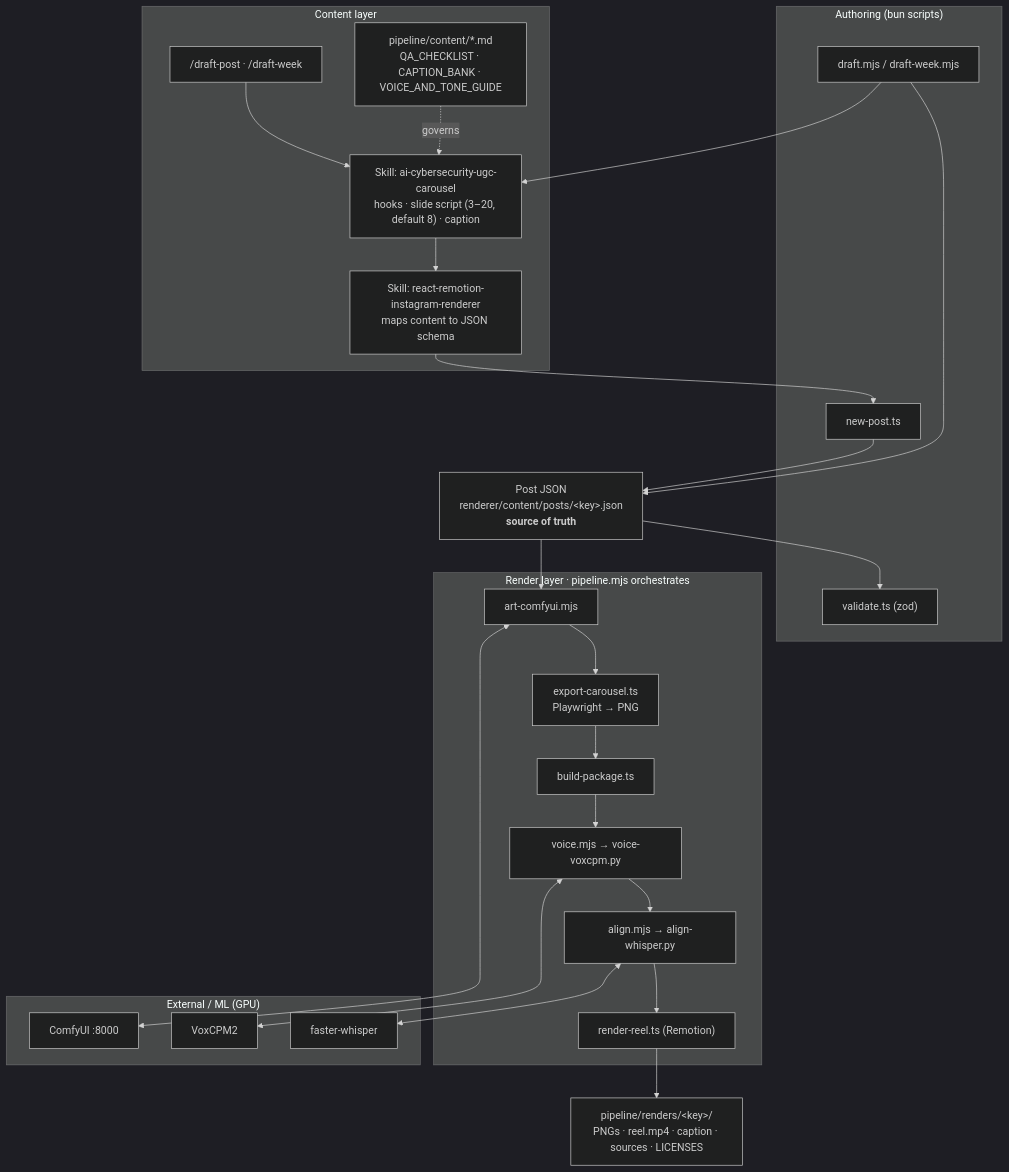
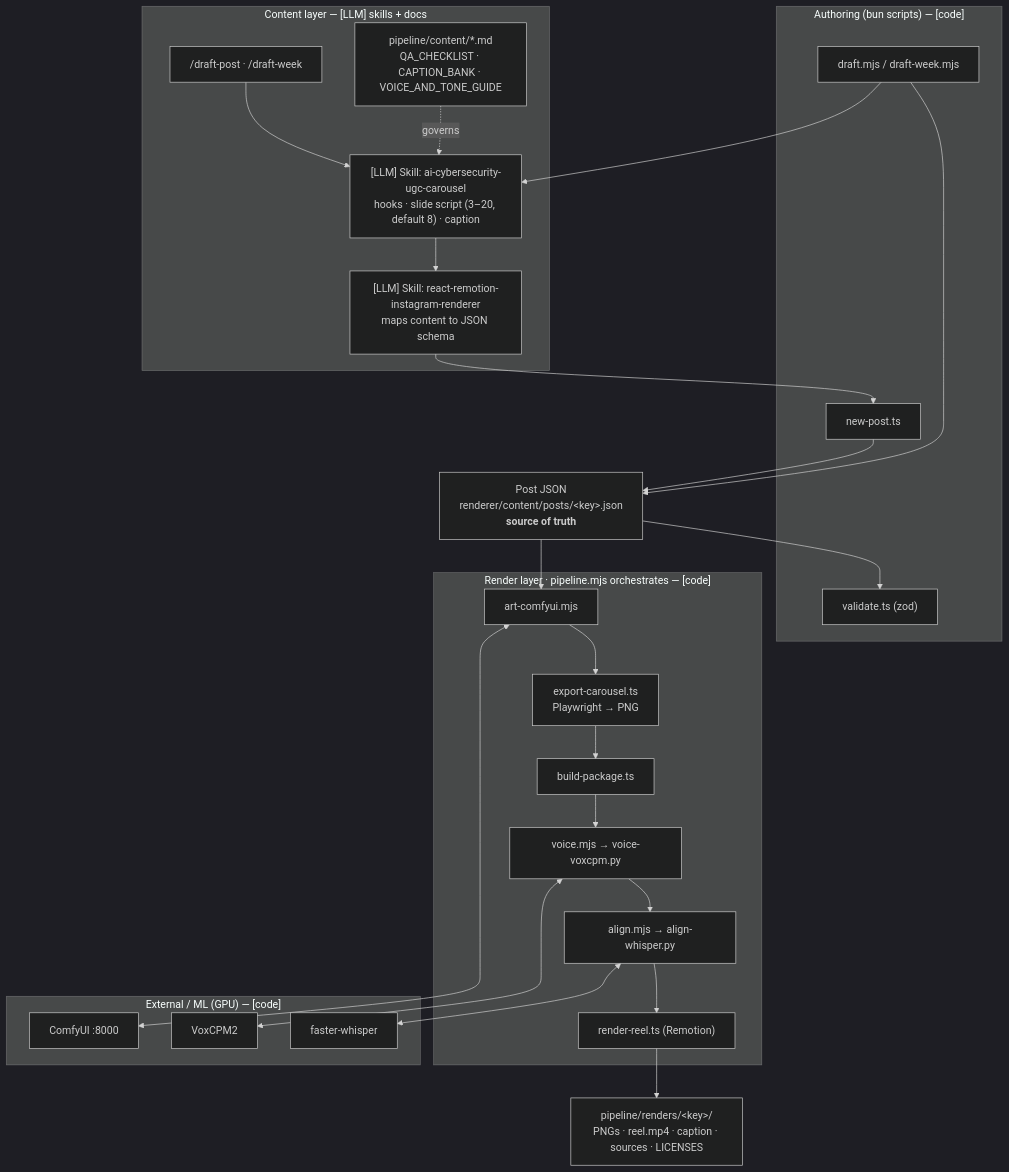
One commit to jondmarien/ai-ugc-pipeline changed the first of 4 diagrams in renderer/docs/PROJECT_ARCHITECTURE.md. Above: the diagram before and after it, drawn with Mermaid (dark theme). The commit also changed other lines of this file and 2 other files, not shown here.

Commit message:
docs: annotate all architecture diagrams with [LLM]/[code]/[human]
Marks every architecture diagram so it's clear which steps an agent (LLM) does
vs a deterministic script vs a human. Each doc gets a legend; mixed flowcharts/
sequences tag nodes and participants, state diagrams tag transitions, and the
homogeneous render/research/GPU/ERD diagrams get a one-line caption. Answers
the common question directly: "Fill JSON / replace TODOs + sources" is [LLM]
(the scaffolder only writes empty TODOs); research/copy are [LLM]; the render
path and draft-context/new/validate/pipeline are [code]. Sequence aliases left
unquoted so the tags render without literal quotes.

Files: DRAFT_PIPELINE_ARCHITECTURE.md, PIPELINE_ARCHITECTURE.md,
PROJECT_ARCHITECTURE.md.

````diff
--- a/renderer/docs/PROJECT_ARCHITECTURE.md
+++ b/renderer/docs/PROJECT_ARCHITECTURE.md
@@ -13,41 +15,41 @@
 ```mermaid
 flowchart TB
-    subgraph Content["Content layer"]
+    subgraph Content["Content layer — [LLM] skills + docs"]
         CMD["/draft-post · /draft-week"]
-        SK1["Skill: ai-cybersecurity-ugc-carousel<br/>hooks · slide script (3–20, default 8) · caption"]
-        SK2["Skill: react-remotion-instagram-renderer<br/>maps content to JSON schema"]
+        SK1["[LLM] Skill: ai-cybersecurity-ugc-carousel<br/>hooks · slide script (3–20, default 8) · caption"]
+        SK2["[LLM] Skill: react-remotion-instagram-renderer<br/>maps content to JSON schema"]
         DOCS["pipeline/content/*.md<br/>QA_CHECKLIST · CAPTION_BANK · VOICE_AND_TONE_GUIDE"]
     end
-    subgraph Authoring["Authoring (bun scripts)"]
+    subgraph Authoring["Authoring (bun scripts) — [code]"]
         NEW["new-post.ts"]
         DRAFT["draft.mjs / draft-week.mjs"]
         VAL["validate.ts (zod)"]
     end
     JSON["Post JSON<br/>renderer/content/posts/&lt;key&gt;.json<br/><b>source of truth</b>"]
-    subgraph Render["Render layer · pipeline.mjs orchestrates"]
+    subgraph Render["Render layer · pipeline.mjs orchestrates — [code]"]
         ART["art-comfyui.mjs"]
         EXP["export-carousel.ts<br/>Playwright → PNG"]
         PKG["build-package.ts"]
         VOICE["voice.mjs → voice-voxcpm.py"]
         ALIGN["align.mjs → align-whisper.py"]
         REEL["render-reel.ts (Remotion)"]
     end
-    subgraph External["External / ML (GPU)"]
+    subgraph External["External / ML (GPU) — [code]"]
         COMFY["ComfyUI :8000"]
         VOX["VoxCPM2"]
         WHIS["faster-whisper"]
     end
     OUT["pipeline/renders/&lt;key&gt;/<br/>PNGs · reel.mp4 · caption · sources · LICENSES"]
 
     CMD --> SK1 --> SK2 --> NEW
     DOCS -.governs.-> SK1
     DRAFT --> SK1
     NEW --> JSON
     DRAFT --> JSON
     JSON --> VAL
     JSON --> ART
     ART --> EXP --> PKG --> VOICE --> ALIGN --> REEL --> OUT
     ART <--> COMFY
     VOICE <--> VOX
     ALIGN <--> WHIS
 ```
````
